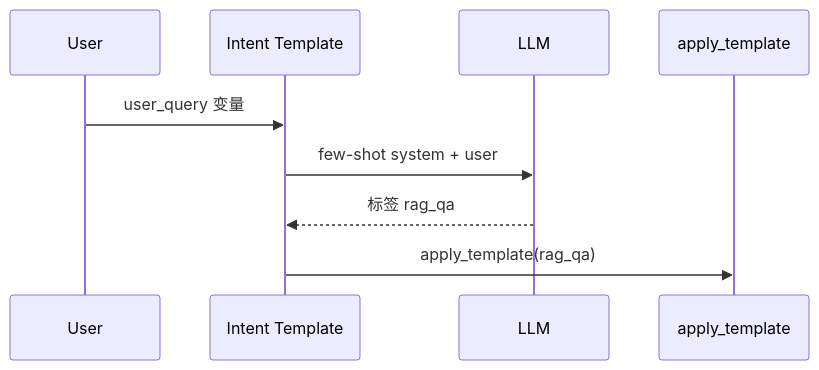
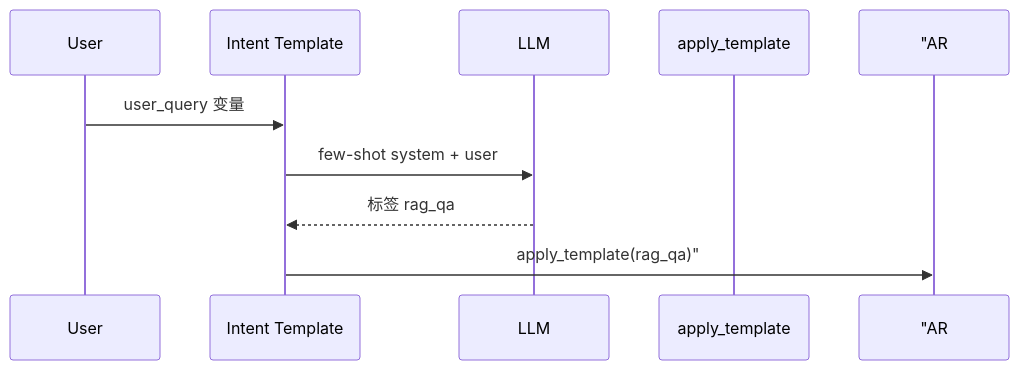
The third of 3 diagrams in course/day17/13_深度扩展_少样本与角色.md (ab6539763/70_days_course_plus), drawn with Mermaid before and after one commit. The commit also changed 134 other files, not shown here.

````diff
--- a/course/day17/13_深度扩展_少样本与角色.md
+++ b/course/day17/13_深度扩展_少样本与角色.md
@@ -101,12 +101,12 @@
 ```mermaid
 sequenceDiagram
     participant U as User
     participant IC as Intent Template
     participant LLM
     participant AR as apply_template
 
     U->>IC: user_query 变量
     IC->>LLM: few-shot system + user
     LLM-->>IC: 标签 rag_qa
-    IC->>AR: apply_template(rag_qa)
+    IC->> "AR: apply_template(rag_qa)"
 ```
````
